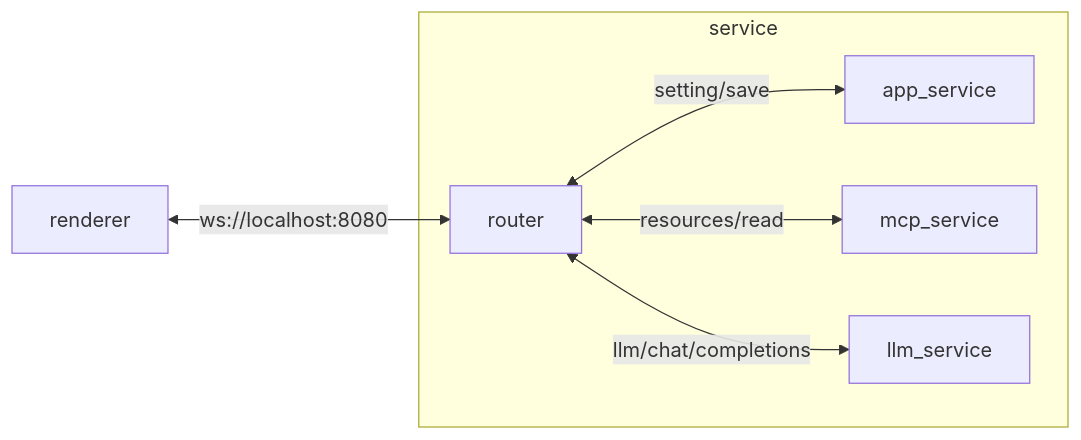
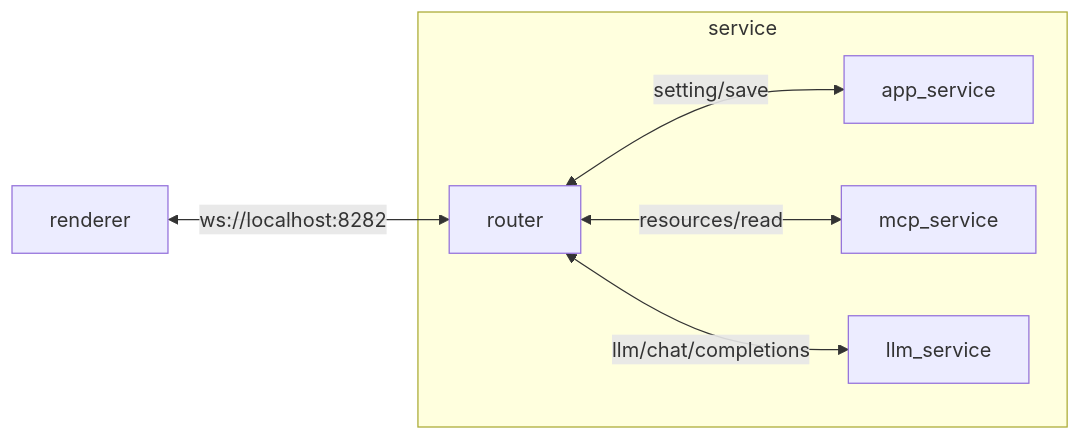
The first of 3 diagrams in service/README.md (MRSHIMMER/openmcp-client), drawn with Mermaid before and after one commit. The commit also changed other lines of this file and 9 other files, not shown here.

````diff
--- a/service/README.md
+++ b/service/README.md
@@ -3,10 +3,10 @@
 ```mermaid
 graph LR
 
-renderer <--ws://localhost:8080--> router
+renderer <--ws://localhost:8282--> router
 subgraph service
     router <--setting/save--> app_service
     router <--resources/read--> mcp_service
     router <--llm/chat/completions--> llm_service
 end
 ```
````
